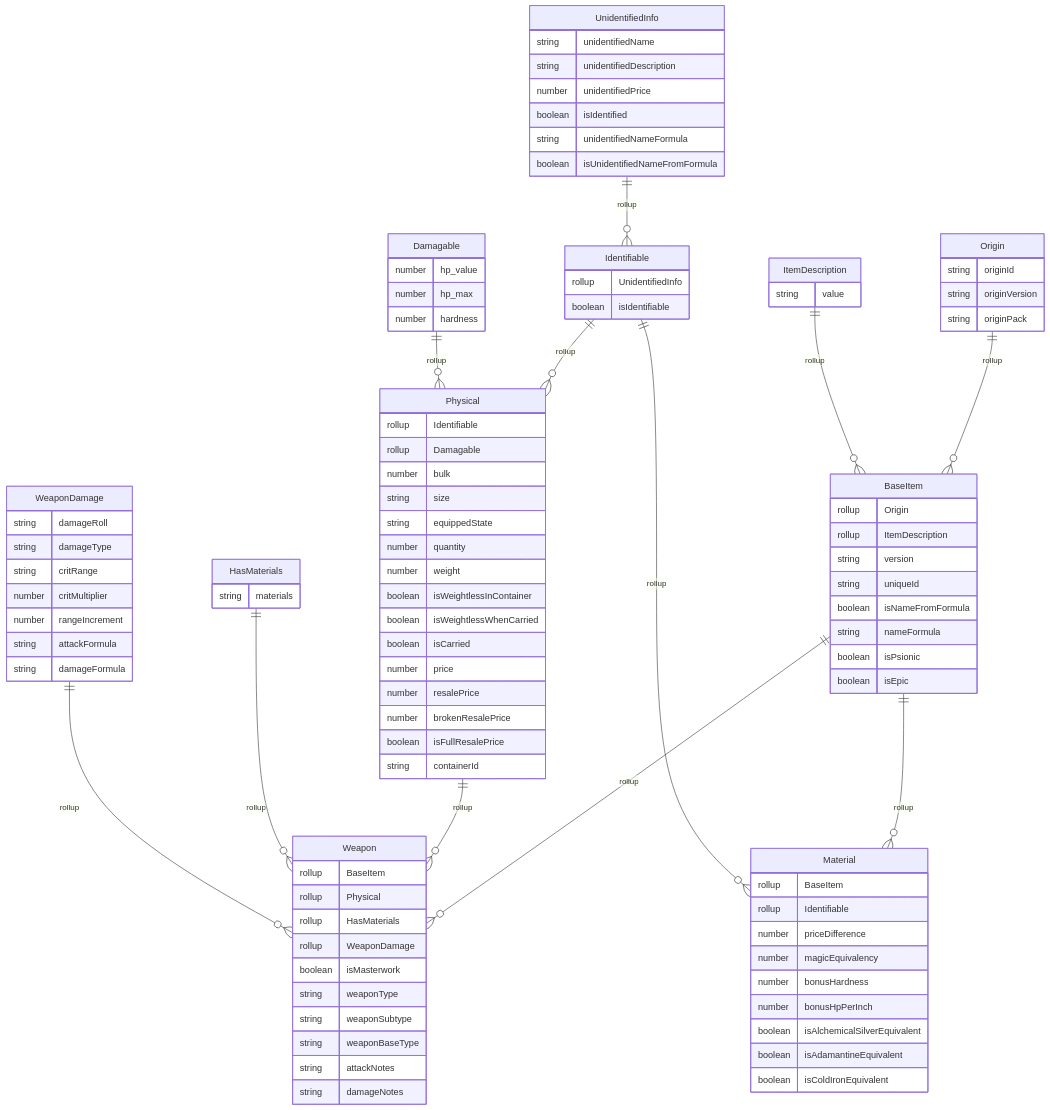
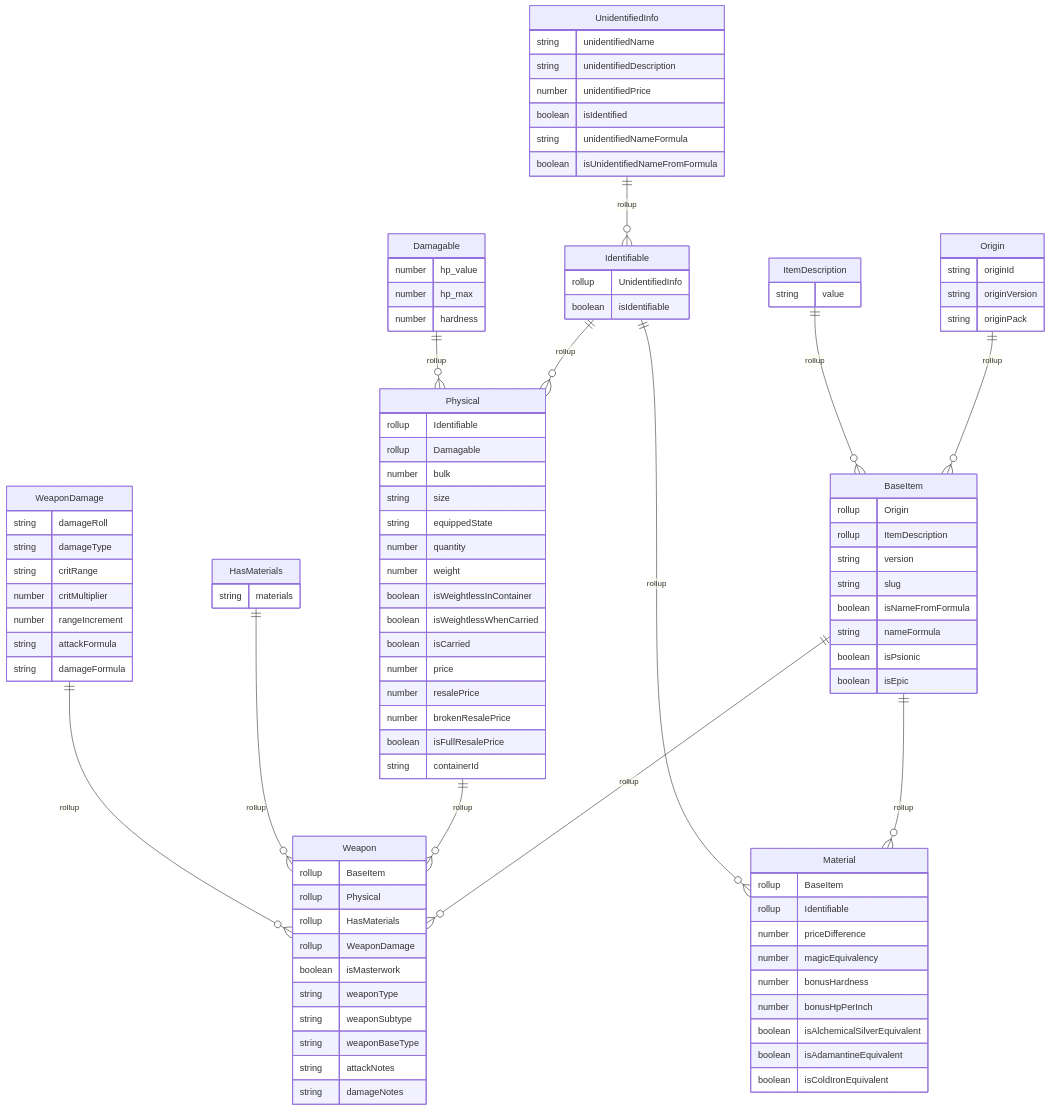
One commit to Chapel-Studios/DnD35e changed the diagram in src/entities/items/PropertyMap (POC).md. Above: the diagram before and after it, drawn with Mermaid. The commit also changed 26 other files, not shown here.

```diff
--- a/src/entities/items/PropertyMap (POC).md
+++ b/src/entities/items/PropertyMap (POC).md
@@ -10,7 +10,7 @@
         rollup ItemDescription
 
         string version
-        string uniqueId
+        string slug
 
         boolean isNameFromFormula
         string nameFormula
```
